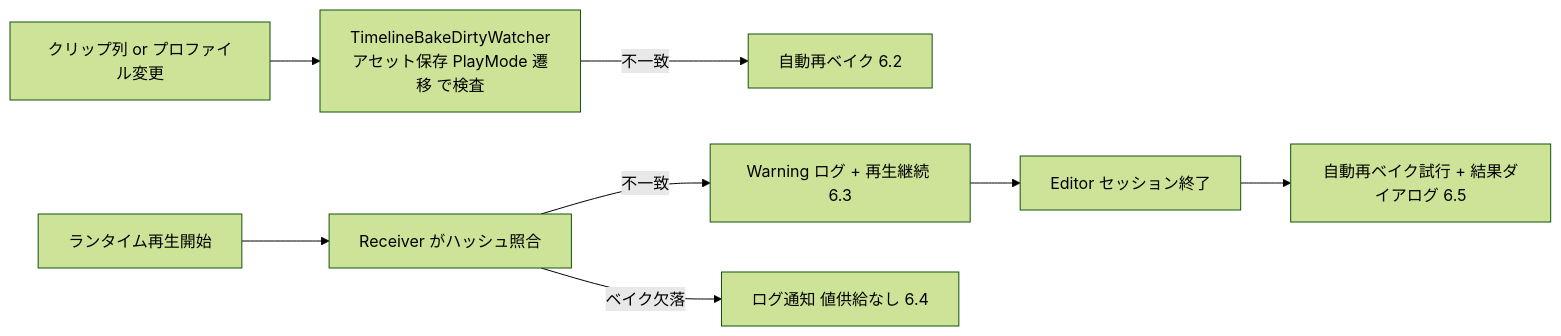
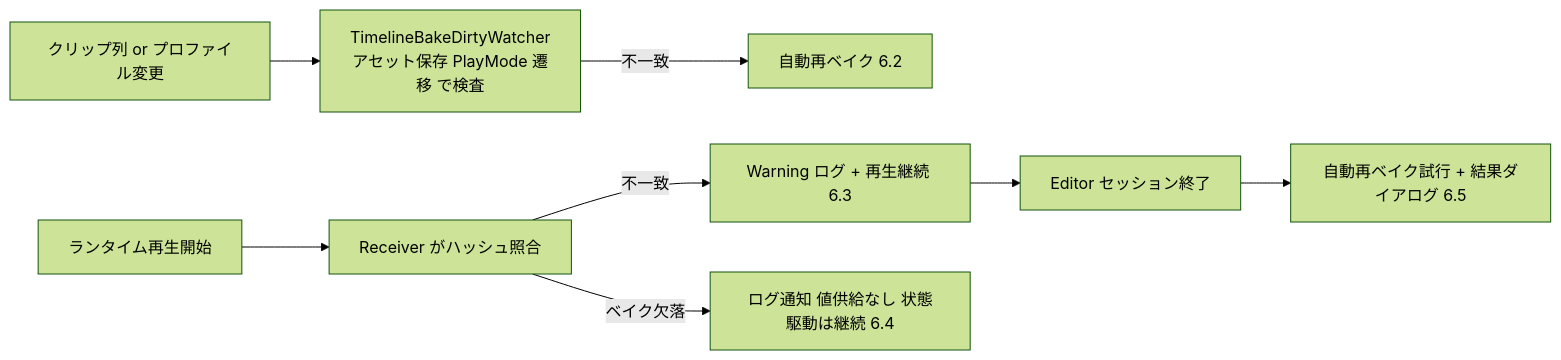
The fourth of 4 diagrams in .kiro/specs/rec-timeline-baking/design.md (NHidano/FacialControl), drawn with Mermaid (forest theme) before and after one commit. The commit also changed other lines of this file and 3 other files, not shown here.

````diff
--- a/.kiro/specs/rec-timeline-baking/design.md
+++ b/.kiro/specs/rec-timeline-baking/design.md
@@ -239,10 +250,10 @@
 ```mermaid
 flowchart LR
     Edit[クリップ列 or プロファイル変更] --> Detect[TimelineBakeDirtyWatcher<br>アセット保存 PlayMode 遷移 で検査]
     Detect -->|不一致| Rebake[自動再ベイク 6.2]
     RunStart[ランタイム再生開始] --> Check[Receiver がハッシュ照合]
     Check -->|不一致| Warn[Warning ログ + 再生継続 6.3]
-    Check -->|ベイク欠落| Notify[ログ通知 値供給なし 6.4]
+    Check -->|ベイク欠落| Notify[ログ通知 値供給なし 状態駆動は継続 6.4]
     Warn --> SessionEnd[Editor セッション終了]
     SessionEnd --> Repair[自動再ベイク試行 + 結果ダイアログ 6.5]
 ```
````
